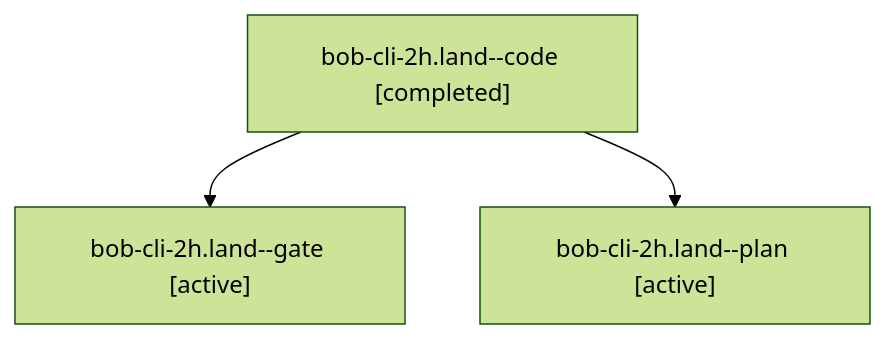
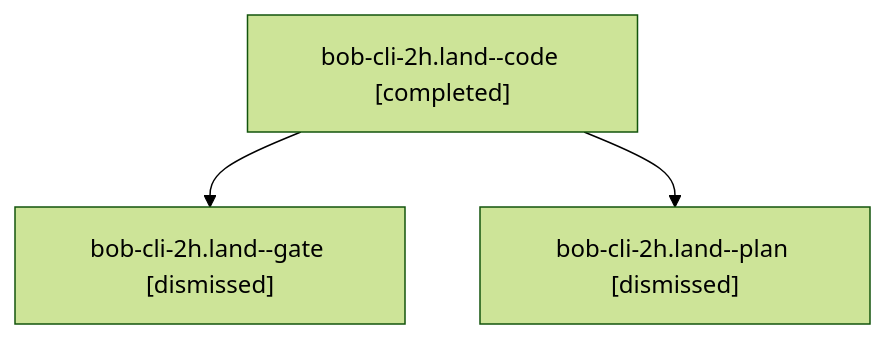
One commit to bobs-org/bob-cli--agents changed the diagram in sessions/bbugyi200.apollo.bob-cli-2h.land.md. Above: the diagram before and after it, drawn with Mermaid (forest theme). The commit also changed other lines of this file and 149 other files, not shown here.

````diff
--- a/sessions/bbugyi200.apollo.bob-cli-2h.land.md
+++ b/sessions/bbugyi200.apollo.bob-cli-2h.land.md
@@ -9,8 +9,8 @@
 ```mermaid
 flowchart TD
   n0["bob-cli-2h.land--code [completed]"]
-  n1["bob-cli-2h.land--gate [active]"]
+  n1["bob-cli-2h.land--gate [dismissed]"]
   n0 --> n1
-  n2["bob-cli-2h.land--plan [active]"]
+  n2["bob-cli-2h.land--plan [dismissed]"]
   n0 --> n2
 ```
````
